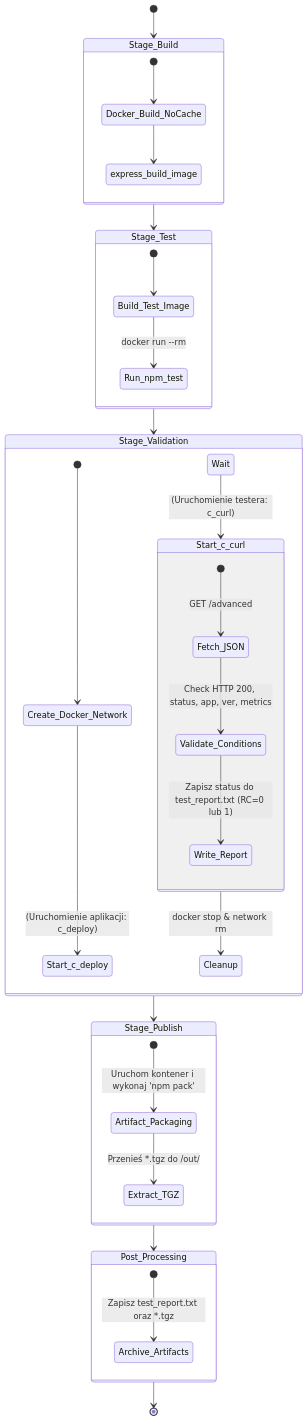
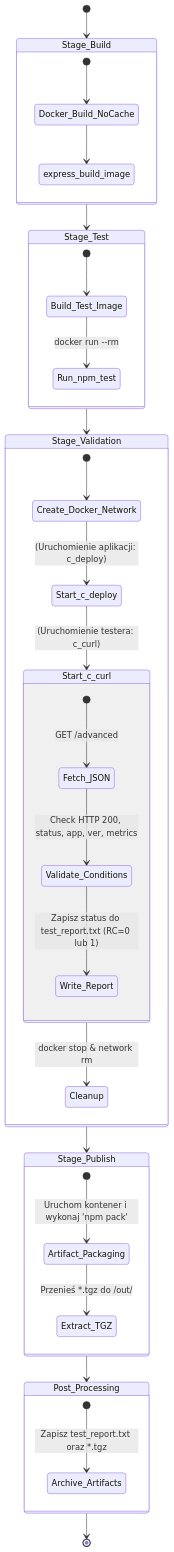
The diagram in ITE/GCL3/MK421268/lab5/Dokumentacja.md (InzynieriaOprogramowaniaAGH/MDO2026s_ITE), drawn with Mermaid before and after one commit. The commit also changed other lines of this file, not shown here.

````diff
--- a/ITE/GCL3/MK421268/lab5/Dokumentacja.md
+++ b/ITE/GCL3/MK421268/lab5/Dokumentacja.md
@@ -16,49 +16,49 @@
 ```mermaid
 stateDiagram-v2
     direction TB
 
     [*] --> Stage_Build
     
     state Stage_Build {
         [*] --> Docker_Build_NoCache
         Docker_Build_NoCache --> express_build_image
     }
 
     Stage_Build --> Stage_Test
 
     state Stage_Test {
         [*] --> Build_Test_Image
         Build_Test_Image --> Run_npm_test : docker run --rm
     }
 
     Stage_Test --> Stage_Validation
 
     state Stage_Validation {
         [*] --> Create_Docker_Network
         Create_Docker_Network --> Start_c_deploy : (Uruchomienie aplikacji: c_deploy)
-        Wait --> Start_c_curl : (Uruchomienie testera: c_curl)
+        Start_c_deploy --> Start_c_curl : (Uruchomienie testera: c_curl)
         
         state Start_c_curl {
             [*] --> Fetch_JSON : GET /advanced
             Fetch_JSON --> Validate_Conditions : Check HTTP 200, status, app, ver, metrics
             Validate_Conditions --> Write_Report : Zapisz status do test_report.txt (RC=0 lub 1)
         }
         
         Start_c_curl --> Cleanup : docker stop & network rm
     }
 
     Stage_Validation --> Stage_Publish
 
     state Stage_Publish {
         [*] --> Artifact_Packaging : Uruchom kontener i wykonaj 'npm pack'
         Artifact_Packaging --> Extract_TGZ : Przenieś *.tgz do /out/
     }
 
     Stage_Publish --> Post_Processing
     
     state Post_Processing {
         [*] --> Archive_Artifacts : Zapisz test_report.txt oraz *.tgz
     }
     
     Post_Processing --> [*]
 ```
````
